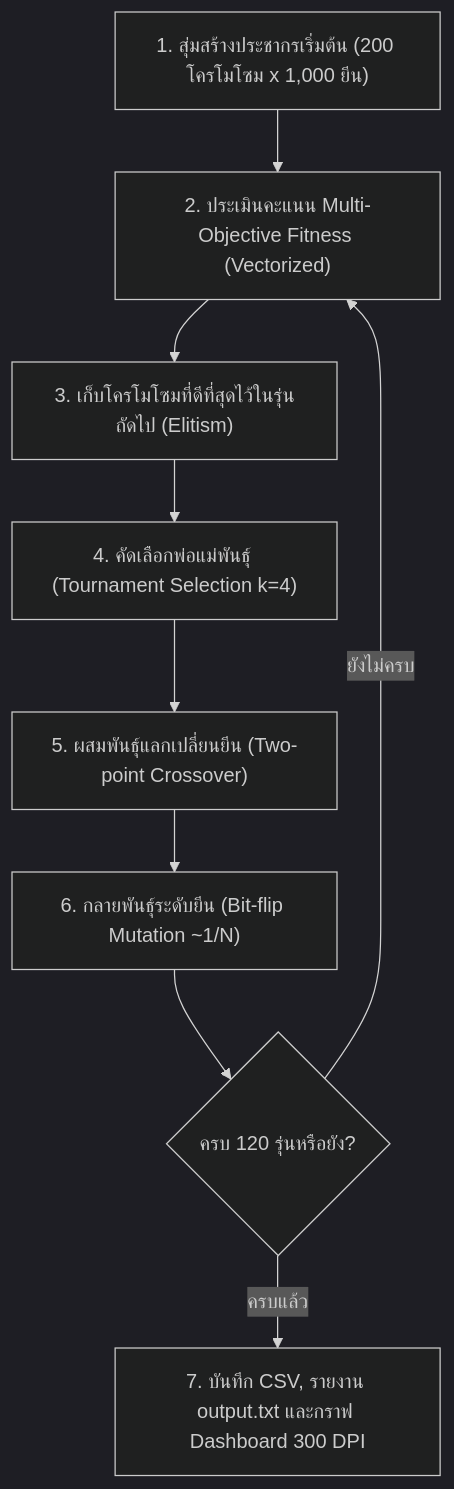
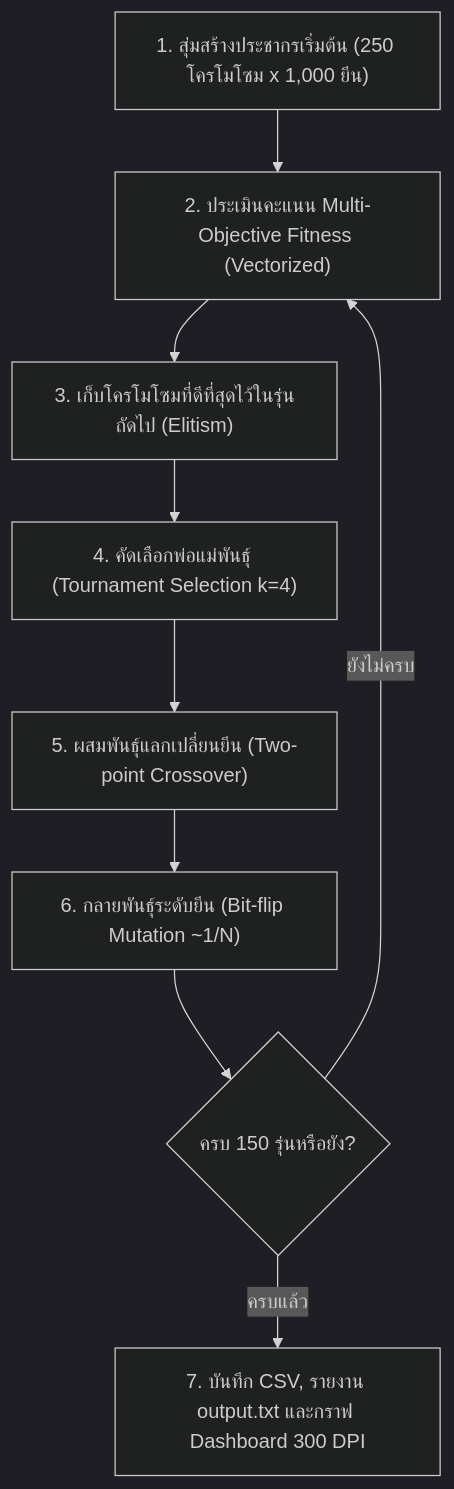
The diagram in README.md (Name-Thinking/GA), drawn with Mermaid (dark theme) before and after one commit. The commit also changed other lines of this file and 5 other files, not shown here.

````diff
--- a/README.md
+++ b/README.md
@@ -23,11 +23,11 @@
 ```mermaid
 flowchart TD
-    A["1. สุ่มสร้างประชากรเริ่มต้น (200 โครโมโซม x 1,000 ยีน)"] --> B["2. ประเมินคะแนน Multi-Objective Fitness (Vectorized)"]
+    A["1. สุ่มสร้างประชากรเริ่มต้น (250 โครโมโซม x 1,000 ยีน)"] --> B["2. ประเมินคะแนน Multi-Objective Fitness (Vectorized)"]
     B --> C["3. เก็บโครโมโซมที่ดีที่สุดไว้ในรุ่นถัดไป (Elitism)"]
     C --> D["4. คัดเลือกพ่อแม่พันธุ์ (Tournament Selection k=4)"]
     D --> E["5. ผสมพันธุ์แลกเปลี่ยนยีน (Two-point Crossover)"]
     E --> F["6. กลายพันธุ์ระดับยีน (Bit-flip Mutation ~1/N)"]
-    F --> G{"ครบ 120 รุ่นหรือยัง?"}
+    F --> G{"ครบ 150 รุ่นหรือยัง?"}
     G -- ยังไม่ครบ --> B
     G -- ครบแล้ว --> H["7. บันทึก CSV, รายงาน output.txt และกราฟ Dashboard 300 DPI"]
 ```
````
